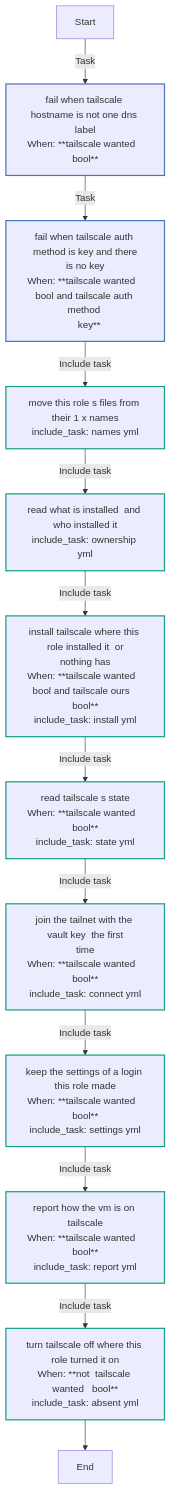
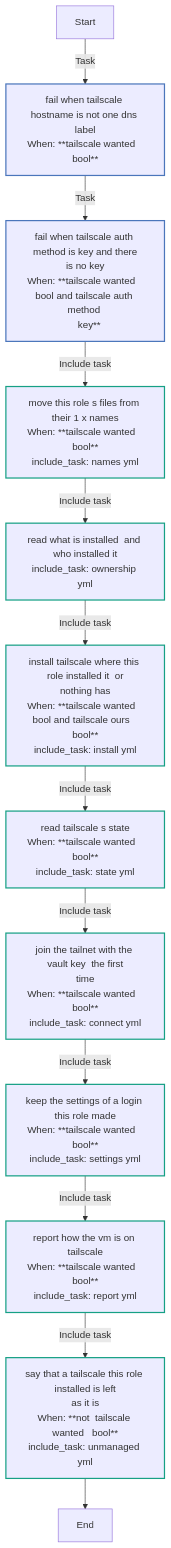
The first of 14 diagrams in docs/reference/roles/tailscale.md (kawadeomkar/agent-warehouse), drawn with Mermaid before and after one commit. The commit also changed other lines of this file and 42 other files, not shown here.

````diff
--- a/docs/reference/roles/tailscale.md
+++ b/docs/reference/roles/tailscale.md
@@ -198,24 +195,24 @@
 ```mermaid
 flowchart TD
 Start
 classDef block stroke:#3498db,stroke-width:2px;
 classDef task stroke:#4b76bb,stroke-width:2px;
 classDef includeTasks stroke:#16a085,stroke-width:2px;
 classDef importTasks stroke:#34495e,stroke-width:2px;
 classDef includeRole stroke:#2980b9,stroke-width:2px;
 classDef importRole stroke:#699ba7,stroke-width:2px;
 classDef includeVars stroke:#8e44ad,stroke-width:2px;
 classDef rescue stroke:#665352,stroke-width:2px;
 
   Start-->|Task| Fail_when_tailscale_hostname_is_not_one_DNS_label0[fail when tailscale hostname is not one dns label<br>When: **tailscale wanted   bool**]:::task
   Fail_when_tailscale_hostname_is_not_one_DNS_label0-->|Task| Fail_when_tailscale_auth_method_is_key_and_there_is_no_key1[fail when tailscale auth method is key and there<br>is no key<br>When: **tailscale wanted   bool and tailscale auth method <br>   key**]:::task
-  Fail_when_tailscale_auth_method_is_key_and_there_is_no_key1-->|Include task| Move_this_role_s_files_from_their_1_x_names_names_yml_2[move this role s files from their 1 x names<br>include_task: names yml]:::includeTasks
+  Fail_when_tailscale_auth_method_is_key_and_there_is_no_key1-->|Include task| Move_this_role_s_files_from_their_1_x_names_names_yml_2[move this role s files from their 1 x names<br>When: **tailscale wanted   bool**<br>include_task: names yml]:::includeTasks
   Move_this_role_s_files_from_their_1_x_names_names_yml_2-->|Include task| Read_what_is_installed__and_who_installed_it_ownership_yml_3[read what is installed  and who installed it<br>include_task: ownership yml]:::includeTasks
   Read_what_is_installed__and_who_installed_it_ownership_yml_3-->|Include task| Install_Tailscale_where_this_role_installed_it__or_nothing_has_install_yml_4[install tailscale where this role installed it  or<br>nothing has<br>When: **tailscale wanted   bool and tailscale ours   bool**<br>include_task: install yml]:::includeTasks
   Install_Tailscale_where_this_role_installed_it__or_nothing_has_install_yml_4-->|Include task| Read_Tailscale_s_state_state_yml_5[read tailscale s state<br>When: **tailscale wanted   bool**<br>include_task: state yml]:::includeTasks
   Read_Tailscale_s_state_state_yml_5-->|Include task| Join_the_tailnet_with_the_vault_key__the_first_time_connect_yml_6[join the tailnet with the vault key  the first<br>time<br>When: **tailscale wanted   bool**<br>include_task: connect yml]:::includeTasks
   Join_the_tailnet_with_the_vault_key__the_first_time_connect_yml_6-->|Include task| Keep_the_settings_of_a_login_this_role_made_settings_yml_7[keep the settings of a login this role made<br>When: **tailscale wanted   bool**<br>include_task: settings yml]:::includeTasks
   Keep_the_settings_of_a_login_this_role_made_settings_yml_7-->|Include task| Report_how_the_VM_is_on_Tailscale_report_yml_8[report how the vm is on tailscale<br>When: **tailscale wanted   bool**<br>include_task: report yml]:::includeTasks
-  Report_how_the_VM_is_on_Tailscale_report_yml_8-->|Include task| Turn_Tailscale_off_where_this_role_turned_it_on_absent_yml_9[turn tailscale off where this role turned it on<br>When: **not  tailscale wanted   bool**<br>include_task: absent yml]:::includeTasks
-  Turn_Tailscale_off_where_this_role_turned_it_on_absent_yml_9-->End
+  Report_how_the_VM_is_on_Tailscale_report_yml_8-->|Include task| Say_that_a_Tailscale_this_role_installed_is_left_as_it_is_unmanaged_yml_9[say that a tailscale this role installed is left<br>as it is<br>When: **not  tailscale wanted   bool**<br>include_task: unmanaged yml]:::includeTasks
+  Say_that_a_Tailscale_this_role_installed_is_left_as_it_is_unmanaged_yml_9-->End
 ```
````
